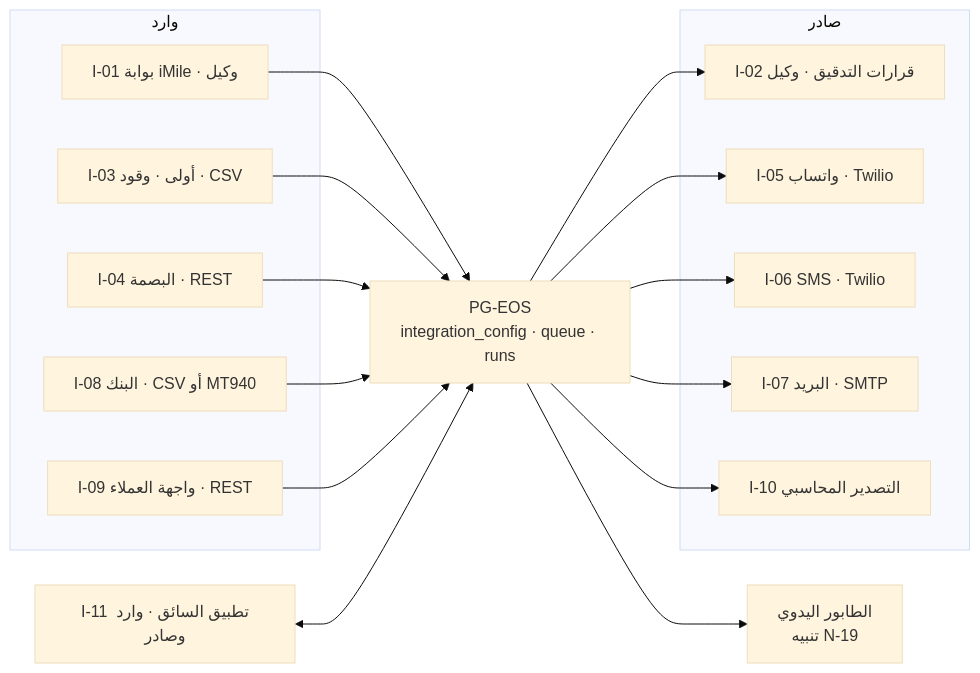
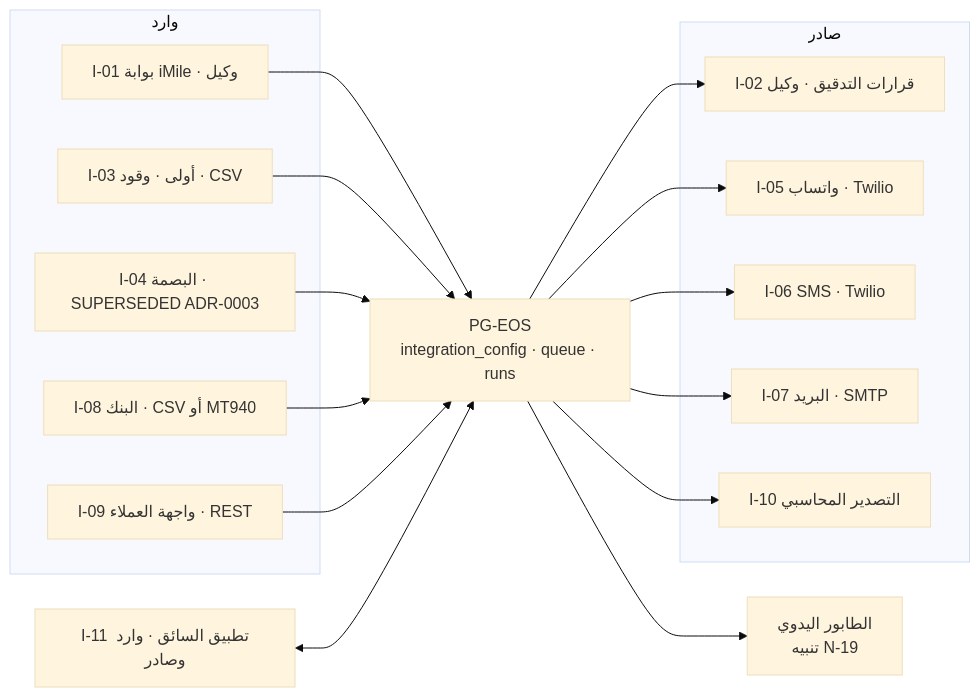
One commit to bataabid-source/pg-eos changed the eighth of 12 diagrams in docs/package/D-blueprints/01-Enterprise-Map.md. Above: the diagram before and after it, drawn with Mermaid (base theme). The commit also changed other lines of this file and 20 other files, not shown here.

````diff
--- a/docs/package/D-blueprints/01-Enterprise-Map.md
+++ b/docs/package/D-blueprints/01-Enterprise-Map.md
@@ -461,32 +461,32 @@
 ```mermaid
 flowchart LR
   subgraph INB["وارد"]
     i01["I-01 بوابة iMile · وكيل"]
     i03["I-03 أولى · وقود · CSV"]
-    i04["I-04 البصمة · REST"]
+    i04["I-04 البصمة · SUPERSEDED ADR-0003"]
     i08["I-08 البنك · CSV أو MT940"]
     i09["I-09 واجهة العملاء · REST"]
   end
   core["PG-EOS<br/>integration_config · queue · runs"]
   subgraph OUTB["صادر"]
     i02["I-02 قرارات التدقيق · وكيل"]
     i05["I-05 واتساب · Twilio"]
     i06["I-06 SMS · Twilio"]
     i07["I-07 البريد · SMTP"]
     i10["I-10 التصدير المحاسبي"]
   end
   i11["I-11 تطبيق السائق · وارد وصادر"]
   mq["الطابور اليدوي<br/>تنبيه N-19"]
   i01 --> core
   i03 --> core
   i04 --> core
   i08 --> core
   i09 --> core
   core --> i02
   core --> i05
   core --> i06
   core --> i07
   core --> i10
   i11 <--> core
   core --> mq
 ```
````
